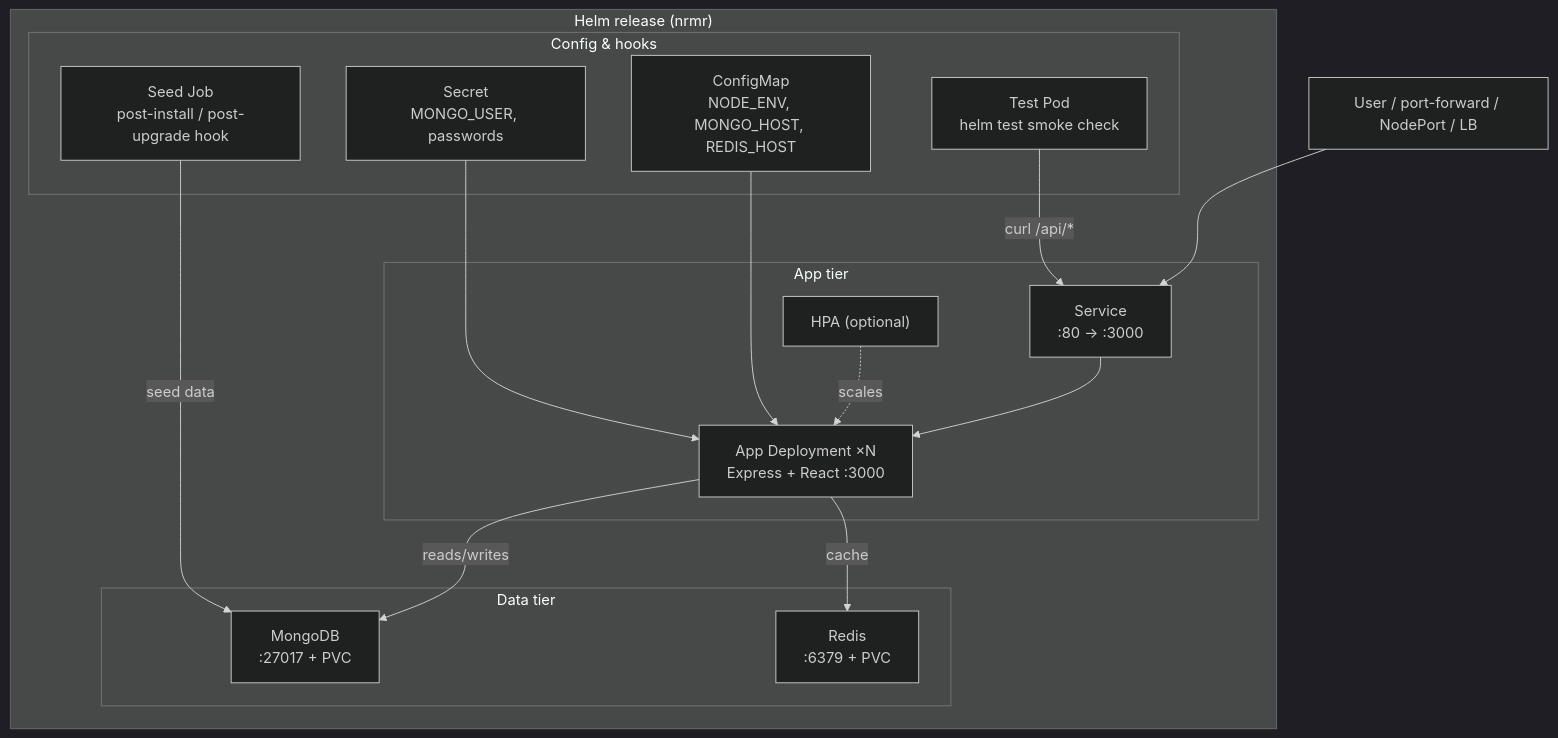
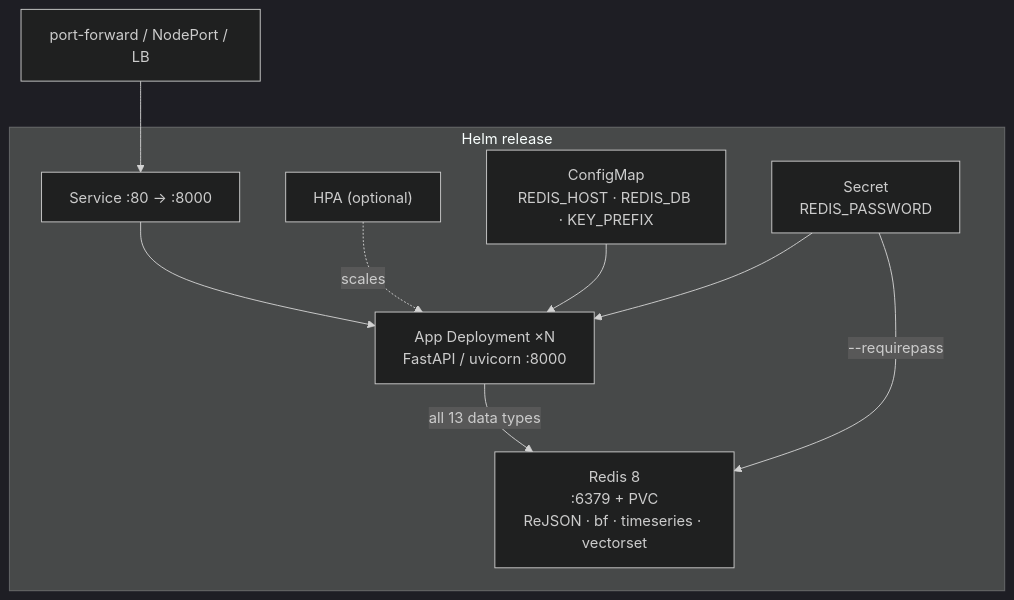
Before and after one commit to sany2k8/fastapi-redis-chart: the diagram in README.md, drawn with Mermaid (dark theme). The commit also changed other lines of this file and 15 other files, not shown here.

First line of the commit message:
feat: retarget the chart at fastapi-with-redis

````diff
--- a/README.md
+++ b/README.md
@@ -212,32 +152,19 @@
 ```mermaid
 flowchart TB
-    subgraph release["Helm release (nrmr)"]
-        subgraph appTier["App tier"]
-            SVC["Service<br/>:80 → :3000"]
-            APP["App Deployment ×N<br/>Express + React :3000"]
-            HPA["HPA (optional)"]
-        end
-
-        subgraph dataTier["Data tier"]
-            MONGO["MongoDB<br/>:27017 + PVC"]
-            REDIS["Redis<br/>:6379 + PVC"]
-        end
-
-        subgraph support["Config & hooks"]
-            CM["ConfigMap<br/>NODE_ENV, MONGO_HOST, REDIS_HOST"]
-            SEC["Secret<br/>MONGO_USER, passwords"]
-            SEED["Seed Job<br/>post-install / post-upgrade hook"]
-            TEST["Test Pod<br/>helm test smoke check"]
-        end
+    subgraph release["Helm release"]
+        SVC["Service :80 → :8000"]
+        APP["App Deployment ×N<br/>FastAPI / uvicorn :8000"]
+        HPA["HPA (optional)"]
+        REDIS["Redis 8<br/>:6379 + PVC<br/>ReJSON · bf · timeseries · vectorset"]
+        CM["ConfigMap<br/>REDIS_HOST · REDIS_DB · KEY_PREFIX"]
+        SEC["Secret<br/>REDIS_PASSWORD"]
     end
 
-    USER["User / port-forward / NodePort / LB"] --> SVC
+    USER["port-forward / NodePort / LB"] --> SVC
     SVC --> APP
     HPA -.->|scales| APP
     CM --> APP
     SEC --> APP
-    APP -->|reads/writes| MONGO
-    APP -->|cache| REDIS
-    SEED -->|seed data| MONGO
-    TEST -->|curl /api/*| SVC
+    SEC -->|--requirepass| REDIS
+    APP -->|"all 13 data types"| REDIS
 ```
````
